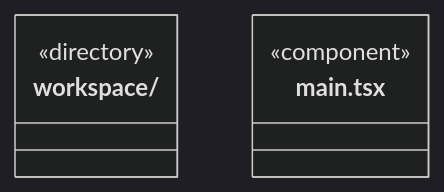
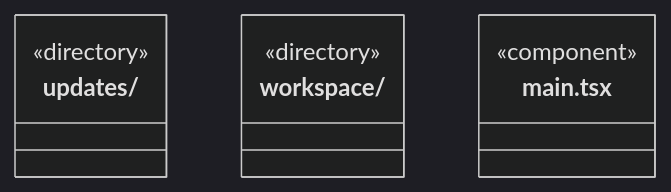
One commit to nan023062/cbim changed the third of 3 diagrams in src/frontend/ARCHITECTURE.md. Above: the diagram before and after it, drawn with Mermaid (dark theme). The commit also changed other lines of this file and 25 other files, not shown here.

````diff
--- a/src/frontend/ARCHITECTURE.md
+++ b/src/frontend/ARCHITECTURE.md
@@ -71,9 +71,12 @@
 ```mermaid
 classDiagram
+class N_src_frontend_updates["updates/"] {
+  <<directory>>
+}
 class N_src_frontend_workspace["workspace/"] {
   <<directory>>
 }
 class N_src_frontend_main_tsx["main.tsx"] {
   <<component>>
 }
 ```
````
